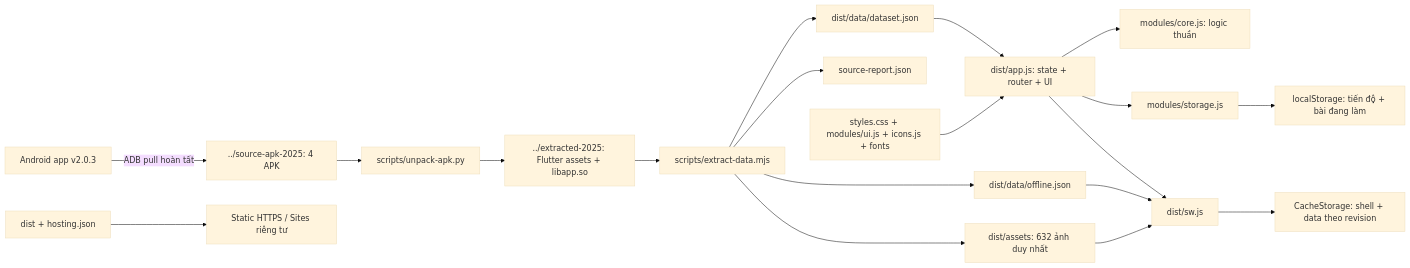
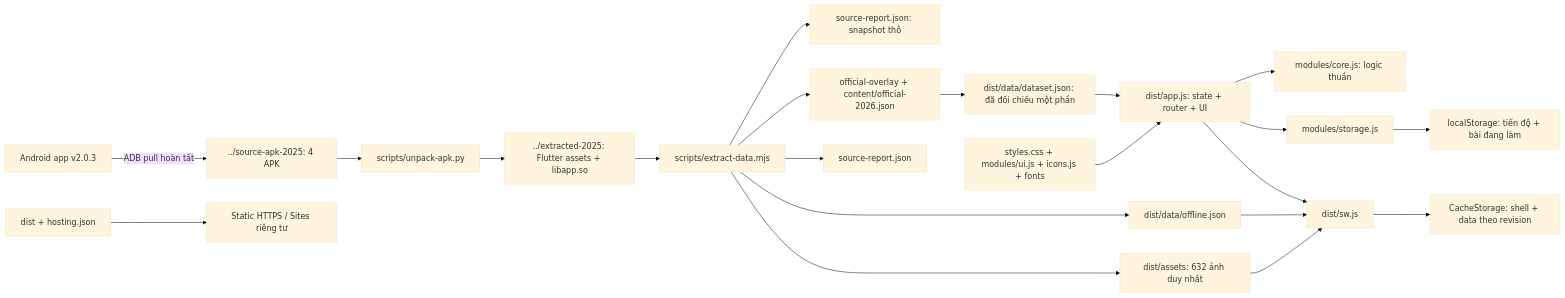
One commit to litequang/GPLX2026 changed the first of 2 diagrams in PROJECT_MAP.md. Above: the diagram before and after it, drawn with Mermaid (base theme). The commit also changed other lines of this file and 33 other files, not shown here.

Commit message:
Verify official GPLX pools and quotas; streamline source UI and background offline download

````diff
--- a/PROJECT_MAP.md
+++ b/PROJECT_MAP.md
@@ -7,21 +7,23 @@
 ```mermaid
 flowchart LR
   Phone[Android app v2.0.3] -->|ADB pull hoàn tất| APK[../source-apk-2025: 4 APK]
   APK --> Unpack[scripts/unpack-apk.py]
   Unpack --> Raw[../extracted-2025: Flutter assets + libapp.so]
   Raw --> Extract[scripts/extract-data.mjs]
-  Extract --> Dataset[dist/data/dataset.json]
+  Extract --> RawReport[source-report.json: snapshot thô]
+  Extract --> Overlay[official-overlay + content/official-2026.json]
+  Overlay --> Dataset[dist/data/dataset.json: đã đối chiếu một phần]
   Extract --> Assets[dist/assets: 632 ảnh duy nhất]
   Extract --> Manifest[dist/data/offline.json]
   Extract --> Report[source-report.json]
   Dataset --> App[dist/app.js: state + router + UI]
   App --> Core[modules/core.js: logic thuần]
   App --> Storage[modules/storage.js]
   Storage --> Local[localStorage: tiến độ + bài đang làm]
   App --> Worker[dist/sw.js]
   Manifest --> Worker
   Assets --> Worker
   Worker --> Cache[CacheStorage: shell + data theo revision]
   UI[styles.css + modules/ui.js + icons.js + fonts] --> App
   Output[dist + hosting.json] --> Hosting[Static HTTPS / Sites riêng tư]
 ```
````
